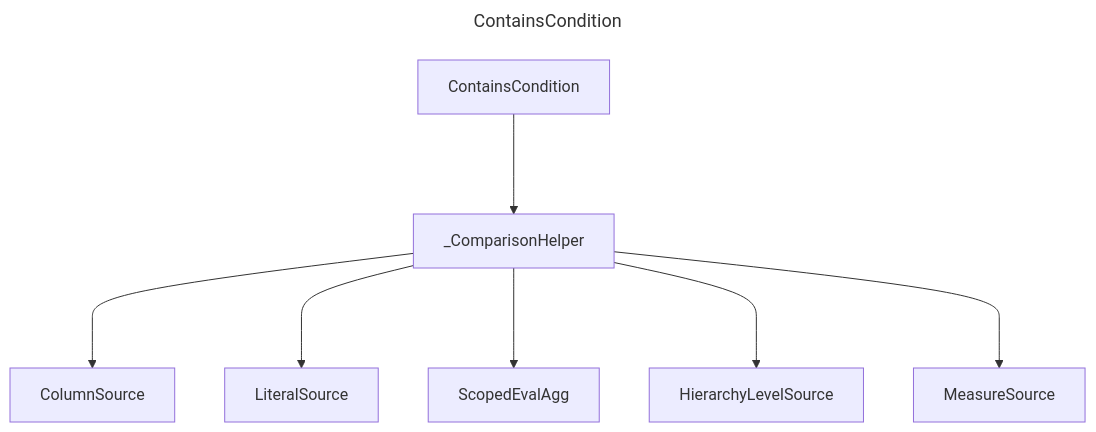
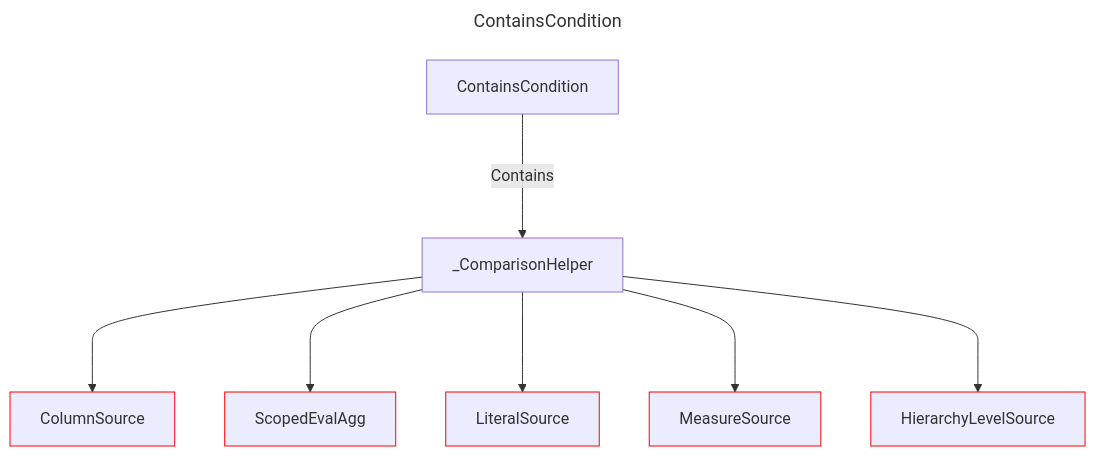
One commit to douglassimonsen/pbi_core changed the diagram in docs/docs/layout/erd/ContainsCondition.md. Above: the diagram before and after it, drawn with Mermaid. The commit also changed 77 other files, not shown here.

Commit message:
Updated to color code the layout ERD

````diff
--- a/docs/docs/layout/erd/ContainsCondition.md
+++ b/docs/docs/layout/erd/ContainsCondition.md
@@ -1,19 +1,24 @@
 ```mermaid
 ---
 title: ContainsCondition
 ---
 graph 
-2721642060880["_ComparisonHelper"]
-2721642009152["MeasureSource"]
-2721642012080["HierarchyLevelSource"]
-2721642007200["ScopedEvalAgg"]
-2721642014032["ColumnSource"]
-2721642022816["LiteralSource"]
-2721642068688["ContainsCondition"]
-2721642060880 ---> 2721642014032
-2721642068688 ---> 2721642060880
-2721642060880 ---> 2721642022816
-2721642060880 ---> 2721642007200
-2721642060880 ---> 2721642012080
-2721642060880 ---> 2721642009152
+2430071846064["ContainsCondition"]
+2430071365824["ColumnSource"]
+style 2430071365824 stroke:#ff0000,stroke-width:1px
+2430071371680["ScopedEvalAgg"]
+style 2430071371680 stroke:#ff0000,stroke-width:1px
+2430071816784["LiteralSource"]
+style 2430071816784 stroke:#ff0000,stroke-width:1px
+2430071832400["_ComparisonHelper"]
+2430071363872["HierarchyLevelSource"]
+style 2430071363872 stroke:#ff0000,stroke-width:1px
+2430071359968["MeasureSource"]
+style 2430071359968 stroke:#ff0000,stroke-width:1px
+2430071832400 ---> 2430071365824
+2430071846064 --->|Contains| 2430071832400
+2430071832400 ---> 2430071371680
+2430071832400 ---> 2430071816784
+2430071832400 ---> 2430071359968
+2430071832400 ---> 2430071363872
 ```
````
